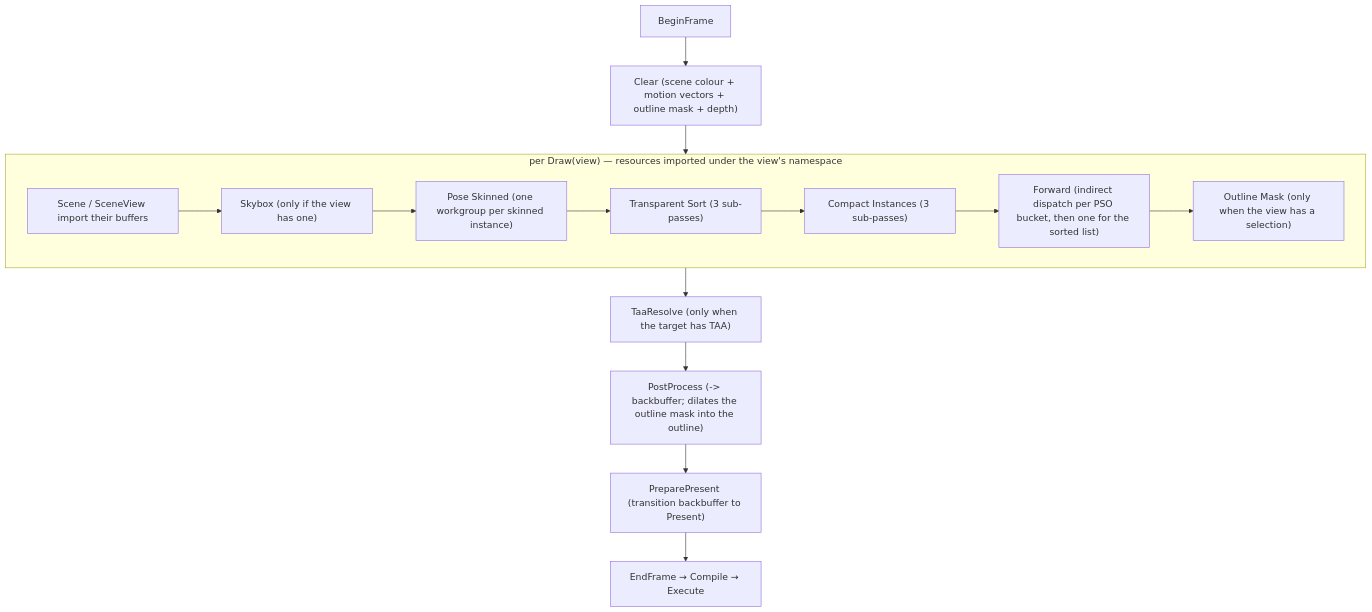
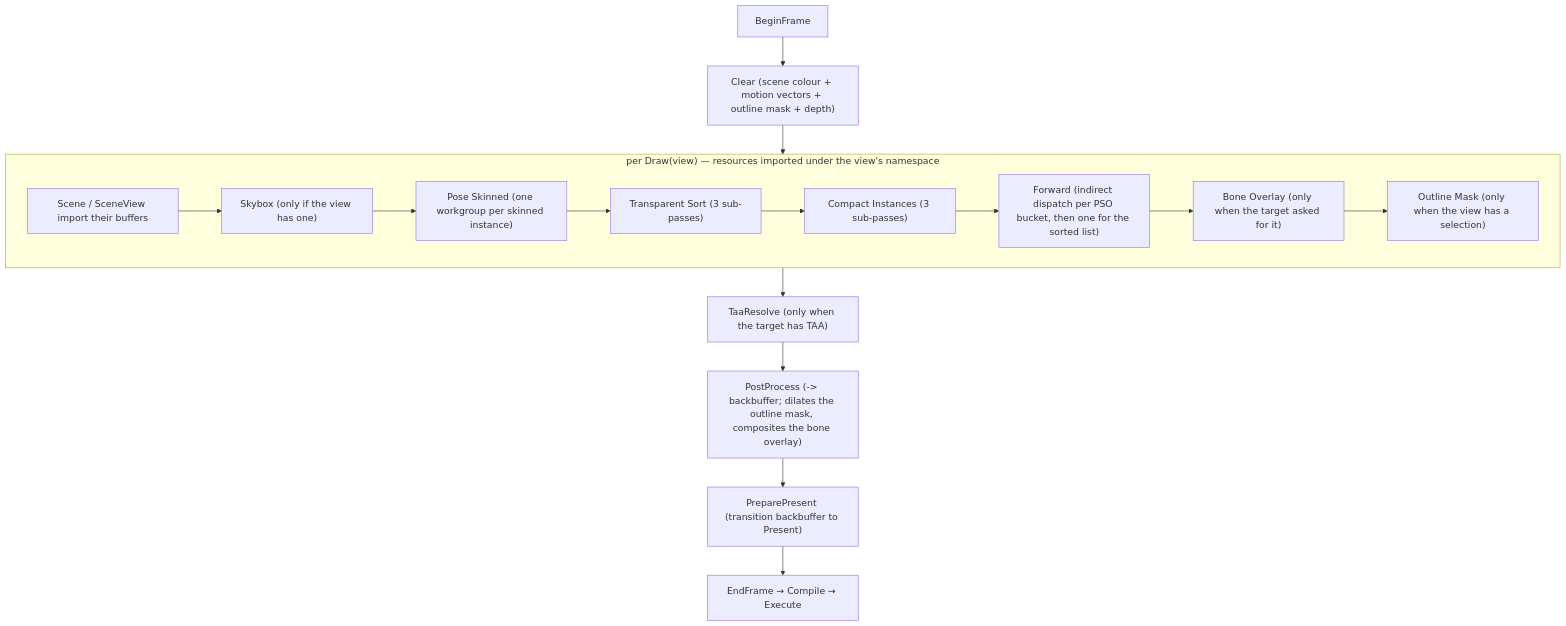
One commit to alexjiang200407/bernini changed the diagram in docs/passes.md. Above: the diagram before and after it, drawn with Mermaid. The commit also changed other lines of this file and 24 other files, not shown here.

````diff
--- a/docs/passes.md
+++ b/docs/passes.md
@@ -24,17 +24,18 @@
 ```mermaid
 flowchart TD
     BF["BeginFrame"] --> CLR["Clear (scene colour + motion vectors + outline mask + depth)"]
     CLR --> D["per Draw(view)"]
     subgraph D["per Draw(view) — resources imported under the view's namespace"]
         IMP["Scene / SceneView import their buffers"] --> SKY["Skybox (only if the view has one)"]
         SKY --> POSE["Pose Skinned (one workgroup per skinned instance)"]
         POSE --> TS["Transparent Sort (3 sub-passes)"]
         TS --> CI["Compact Instances (3 sub-passes)"]
         CI --> FWD["Forward (indirect dispatch per PSO bucket, then one for the sorted list)"]
-        FWD --> SM["Outline Mask (only when the view has a selection)"]
+        FWD --> BO["Bone Overlay (only when the target asked for it)"]
+        BO --> SM["Outline Mask (only when the view has a selection)"]
     end
     D --> TAA["TaaResolve (only when the target has TAA)"]
-    TAA --> PPX["PostProcess (-> backbuffer; dilates the outline mask into the outline)"]
+    TAA --> PPX["PostProcess (-> backbuffer; dilates the outline mask, composites the bone overlay)"]
     PPX --> PP["PreparePresent (transition backbuffer to Present)"]
     PP --> EF["EndFrame → Compile → Execute"]
 ```
````
